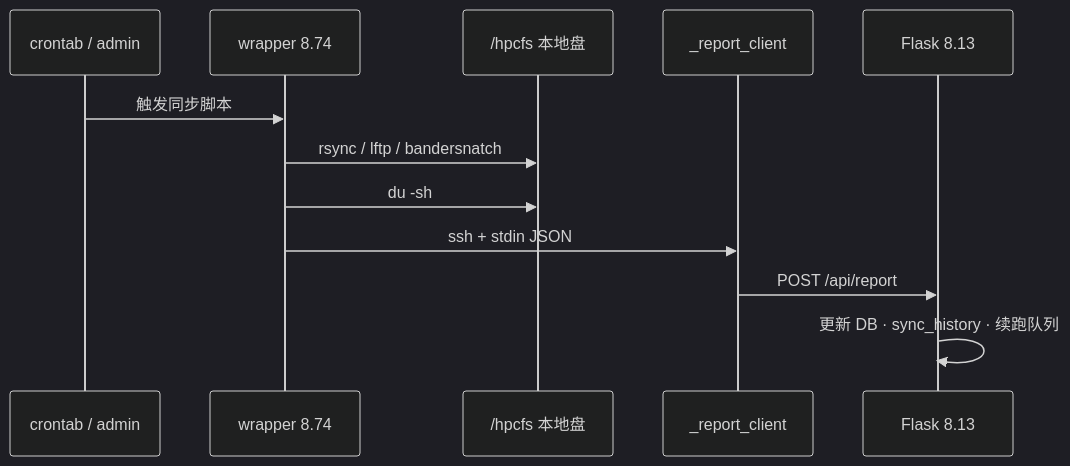
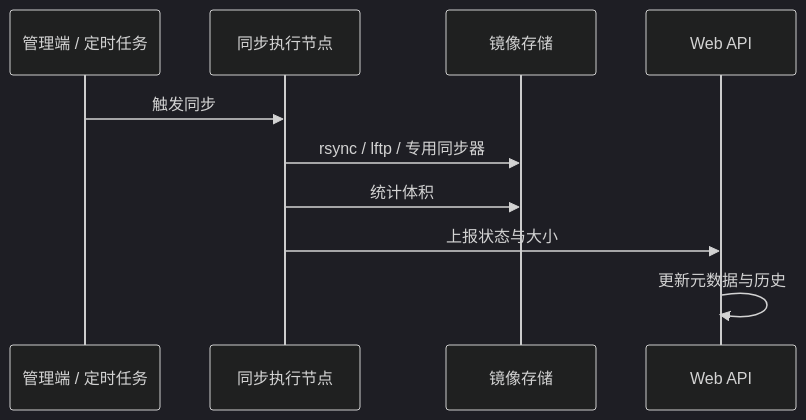
One commit to instod/mirrors changed the second of 2 diagrams in README.md. Above: the diagram before and after it, drawn with Mermaid (dark theme). The commit also changed other lines of this file, not shown here.

````diff
--- a/README.md
+++ b/README.md
@@ -67,15 +57,13 @@
 ```mermaid
 sequenceDiagram
-  participant Cron as crontab / admin
-  participant Wrap as wrapper 8.74
-  participant Disk as /hpcfs 本地盘
-  participant Client as _report_client
-  participant Flask as Flask 8.13
+  participant Admin as 管理端 / 定时任务
+  participant Worker as 同步执行节点
+  participant Store as 镜像存储
+  participant API as Web API
 
-  Cron->>Wrap: 触发同步脚本
-  Wrap->>Disk: rsync / lftp / bandersnatch
-  Wrap->>Disk: du -sh
-  Wrap->>Client: ssh + stdin JSON
-  Client->>Flask: POST /api/report
-  Flask->>Flask: 更新 DB · sync_history · 续跑队列
+  Admin->>Worker: 触发同步
+  Worker->>Store: rsync / lftp / 专用同步器
+  Worker->>Store: 统计体积
+  Worker->>API: 上报状态与大小
+  API->>API: 更新元数据与历史
 ```
````
